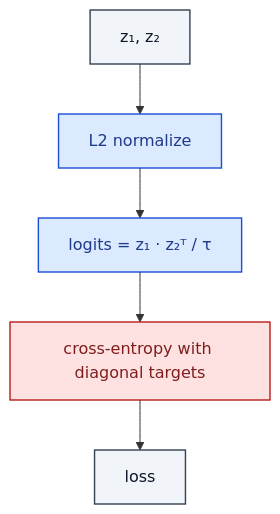
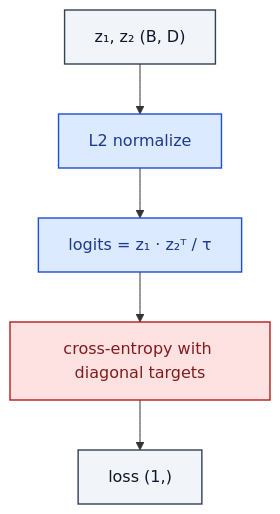
Before and after one commit to RealityShifts/Srivastava-book-of-Blocks-diagrams: the diagram in embedding/info_nce.md, drawn with Mermaid. The commit also changed 123 other files, not shown here.

````diff
--- a/embedding/info_nce.md
+++ b/embedding/info_nce.md
@@ -7,21 +7,22 @@
 ```mermaid
 flowchart TD
-    n0_0["z₁, z₂"]:::io
+    n0_0["z₁, z₂  (B, D)"]:::io
     n1_0["L2 normalize"]:::op
     n2_0["logits = z₁ · z₂ᵀ / τ"]:::op
     n3_0["cross-entropy with diagonal targets"]:::loss
-    n4_0["loss"]:::io
+    n4_0["loss  (1,)"]:::io
     n0_0 --> n1_0
     n1_0 --> n2_0
     n2_0 --> n3_0
     n3_0 --> n4_0
     classDef io fill:#f1f5f9,stroke:#334155,stroke-width:1.4px,color:#0f172a
     classDef op fill:#dbeafe,stroke:#1d4ed8,stroke-width:1.4px,color:#1e3a8a
     classDef norm fill:#dcfce7,stroke:#15803d,stroke-width:1.4px,color:#14532d
     classDef act fill:#ffedd5,stroke:#c2410c,stroke-width:1.4px,color:#7c2d12
     classDef attn fill:#ede9fe,stroke:#6d28d9,stroke-width:1.4px,color:#4c1d95
     classDef merge fill:#fef3c7,stroke:#b45309,stroke-width:1.4px,color:#78350f
     classDef emb fill:#fef9c3,stroke:#a16207,stroke-width:1.4px,color:#713f12
     classDef loss fill:#fee2e2,stroke:#b91c1c,stroke-width:1.4px,color:#7f1d1d
     classDef ctrl fill:#f5f5f4,stroke:#52525b,stroke-width:1.4px,color:#27272a
+    classDef ref fill:#e0f2fe,stroke:#0369a1,stroke-width:2px,color:#0c4a6e,stroke-dasharray: 4 2
 ```
````
